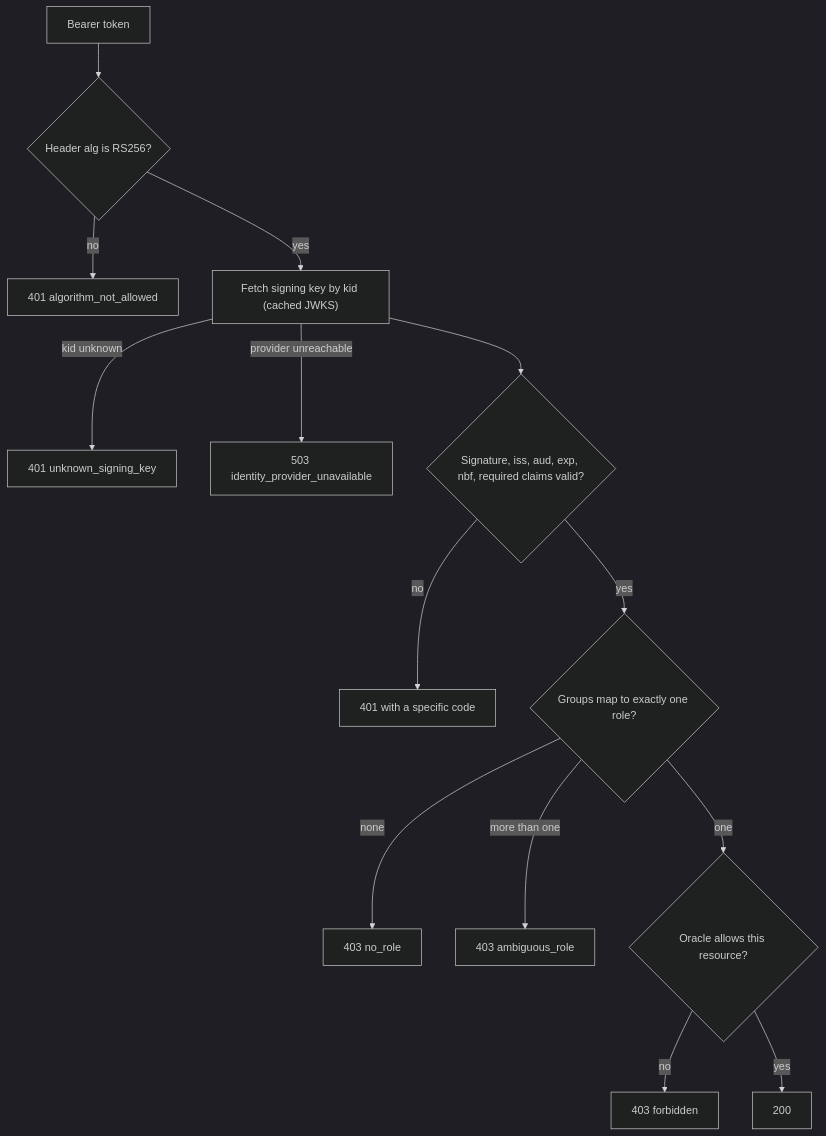
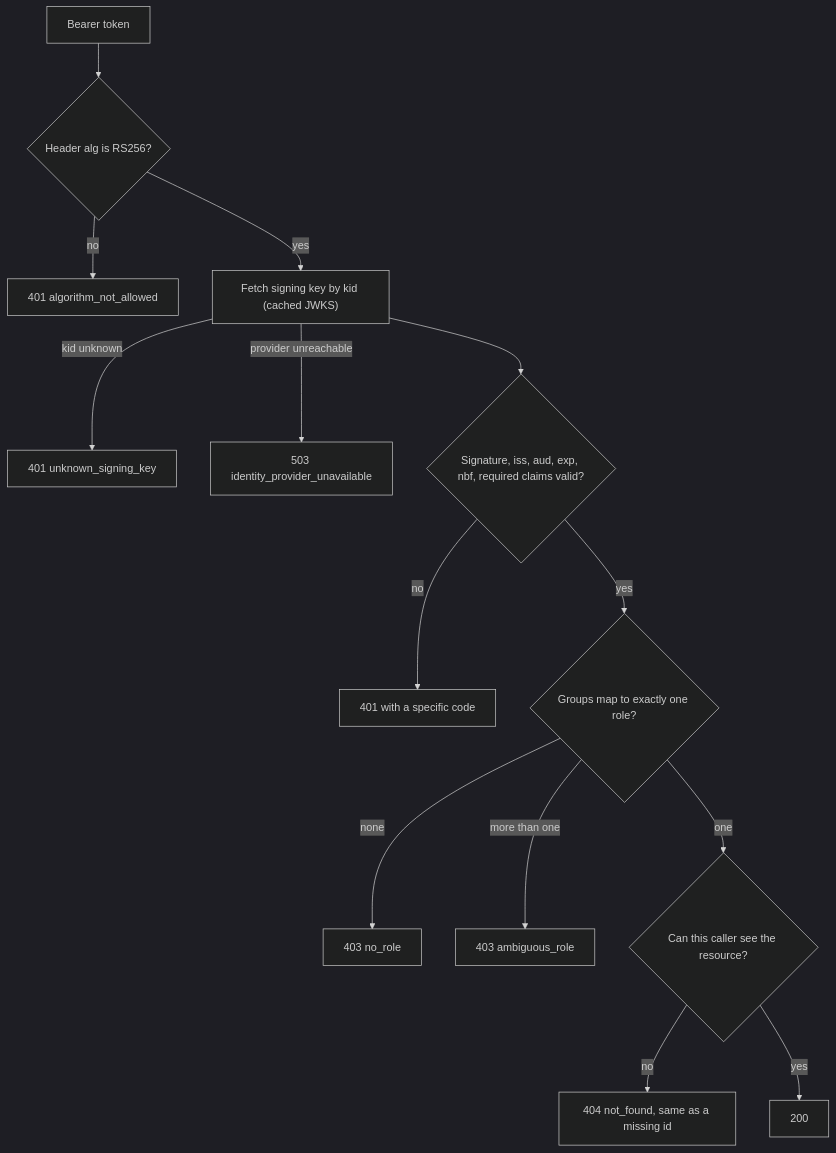
The diagram in docs/auth.md (MU5A/fde-lab), drawn with Mermaid (dark theme) before and after one commit. The commit also changed other lines of this file and 3 other files, not shown here.

````diff
--- a/docs/auth.md
+++ b/docs/auth.md
@@ -13,16 +13,16 @@
 ```mermaid
 flowchart TD
   A["Bearer token"] --> B{"Header alg is RS256?"}
   B -- no --> X1["401 algorithm_not_allowed"]
   B -- yes --> C["Fetch signing key by kid (cached JWKS)"]
   C -- "kid unknown" --> X2["401 unknown_signing_key"]
   C -- "provider unreachable" --> X3["503 identity_provider_unavailable"]
   C --> D{"Signature, iss, aud, exp, nbf, required claims valid?"}
   D -- no --> X4["401 with a specific code"]
   D -- yes --> E{"Groups map to exactly one role?"}
   E -- "none" --> X5["403 no_role"]
   E -- "more than one" --> X6["403 ambiguous_role"]
-  E -- one --> F{"Oracle allows this resource?"}
-  F -- no --> X7["403 forbidden"]
+  E -- one --> F{"Can this caller see the resource?"}
+  F -- no --> X7["404 not_found, same as a missing id"]
   F -- yes --> OK["200"]
 ```
````
